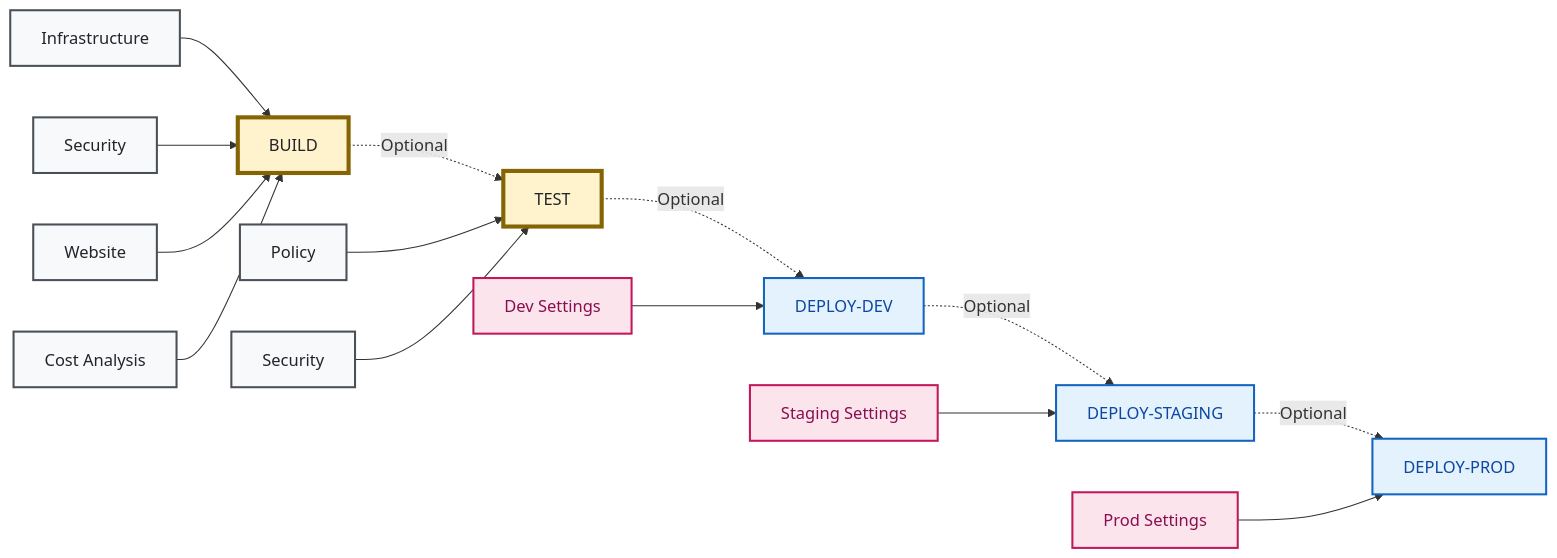
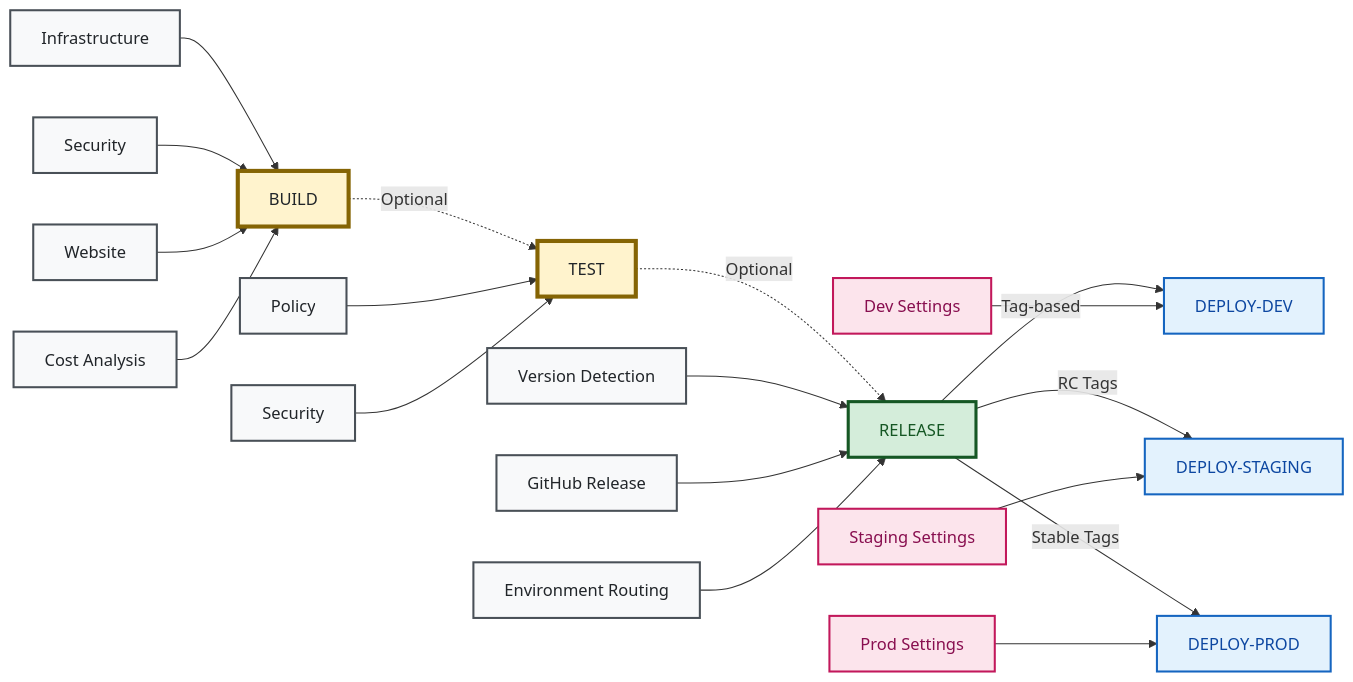
One commit to Celtikill/static-site changed the diagram in docs/development/workflow-conditions.md. Above: the diagram before and after it, drawn with Mermaid. The commit also changed other lines of this file and 8 other files, not shown here.

````diff
--- a/docs/development/workflow-conditions.md
+++ b/docs/development/workflow-conditions.md
@@ -26,34 +26,42 @@
 ```mermaid
 graph LR
     %% Accessibility
-    accTitle: CI/CD Pipeline Overview
-    accDescr: Shows CI/CD pipeline with multiple workflows. BUILD validates and scans infrastructure and website. TEST performs policy validation. Three DEPLOY workflows handle different environments with specific configurations.
+    accTitle: CI/CD Pipeline with RELEASE Workflow
+    accDescr: Shows enhanced CI/CD pipeline. BUILD validates infrastructure and website. TEST performs policy validation. RELEASE orchestrates version-based deployments. Traditional DEPLOY workflows handle specific environments.
     
     A[BUILD] -.->|Optional| B[TEST]
-    B -.->|Optional| D1[DEPLOY-DEV]
-    D1 -.->|Optional| D2[DEPLOY-STAGING]
-    D2 -.->|Optional| D3[DEPLOY-PROD]
+    B -.->|Optional| R[RELEASE]
+    R -->|Tag-based| D1[DEPLOY-DEV]
+    R -->|RC Tags| D2[DEPLOY-STAGING]  
+    R -->|Stable Tags| D3[DEPLOY-PROD]
     
     A1[Infrastructure] --> A
     A2[Security] --> A
     A3[Website] --> A
     A4[Cost Analysis] --> A
     
     B1[Policy] --> B
     B2[Security] --> B
     
+    R1[Version Detection] --> R
+    R2[GitHub Release] --> R
+    R3[Environment Routing] --> R
+    
     D1S[Dev Settings] --> D1
     D2S[Staging Settings] --> D2
     D3S[Prod Settings] --> D3
     
     %% High-Contrast Styling for Accessibility
     classDef phaseBox fill:#fff3cd,stroke:#856404,stroke-width:4px,color:#212529
     classDef stepBox fill:#f8f9fa,stroke:#495057,stroke-width:2px,color:#212529
+    classDef releaseBox fill:#d4edda,stroke:#155724,stroke-width:3px,color:#155724
     classDef deployBox fill:#e3f2fd,stroke:#1565c0,stroke-width:2px,color:#0d47a1
     classDef settingsBox fill:#fce4ec,stroke:#c2185b,stroke-width:2px,color:#880e4f
     
     class A,B phaseBox
     class A1,A2,A3,A4,B1,B2 stepBox
+    class R releaseBox
+    class R1,R2,R3 stepBox
     class D1,D2,D3 deployBox
     class D1S,D2S,D3S settingsBox
 ```
````
